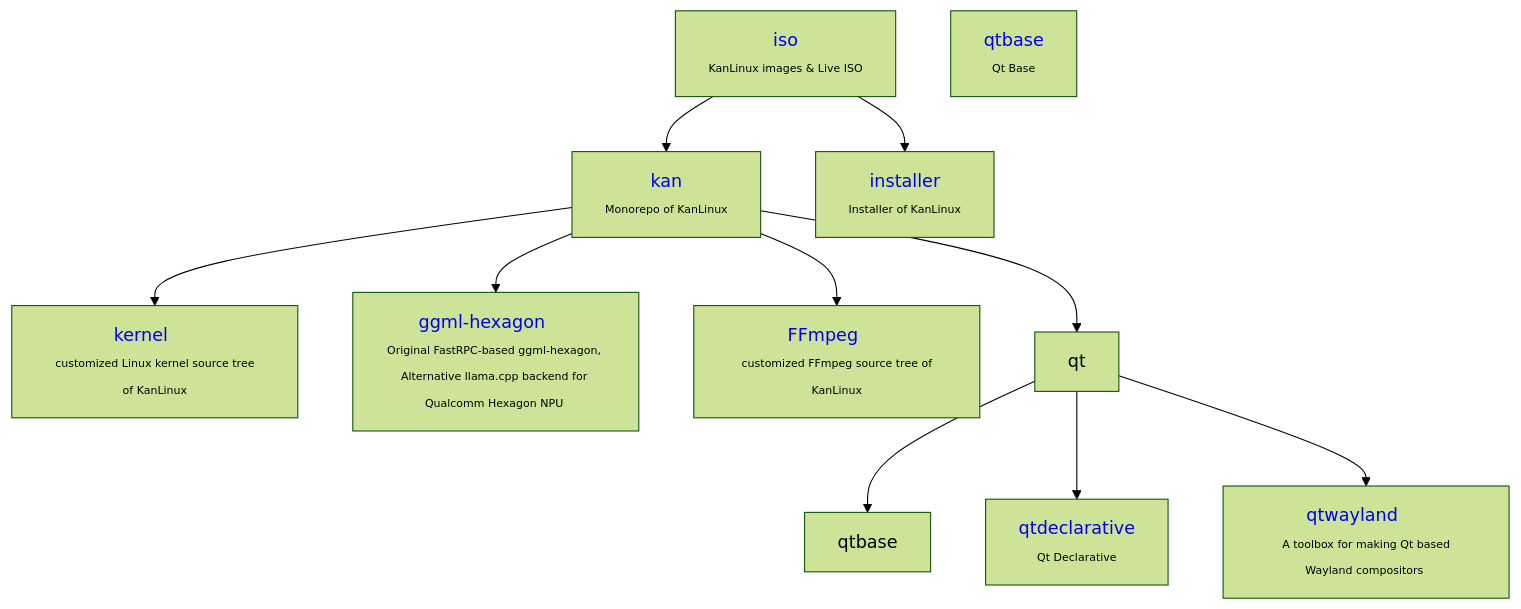
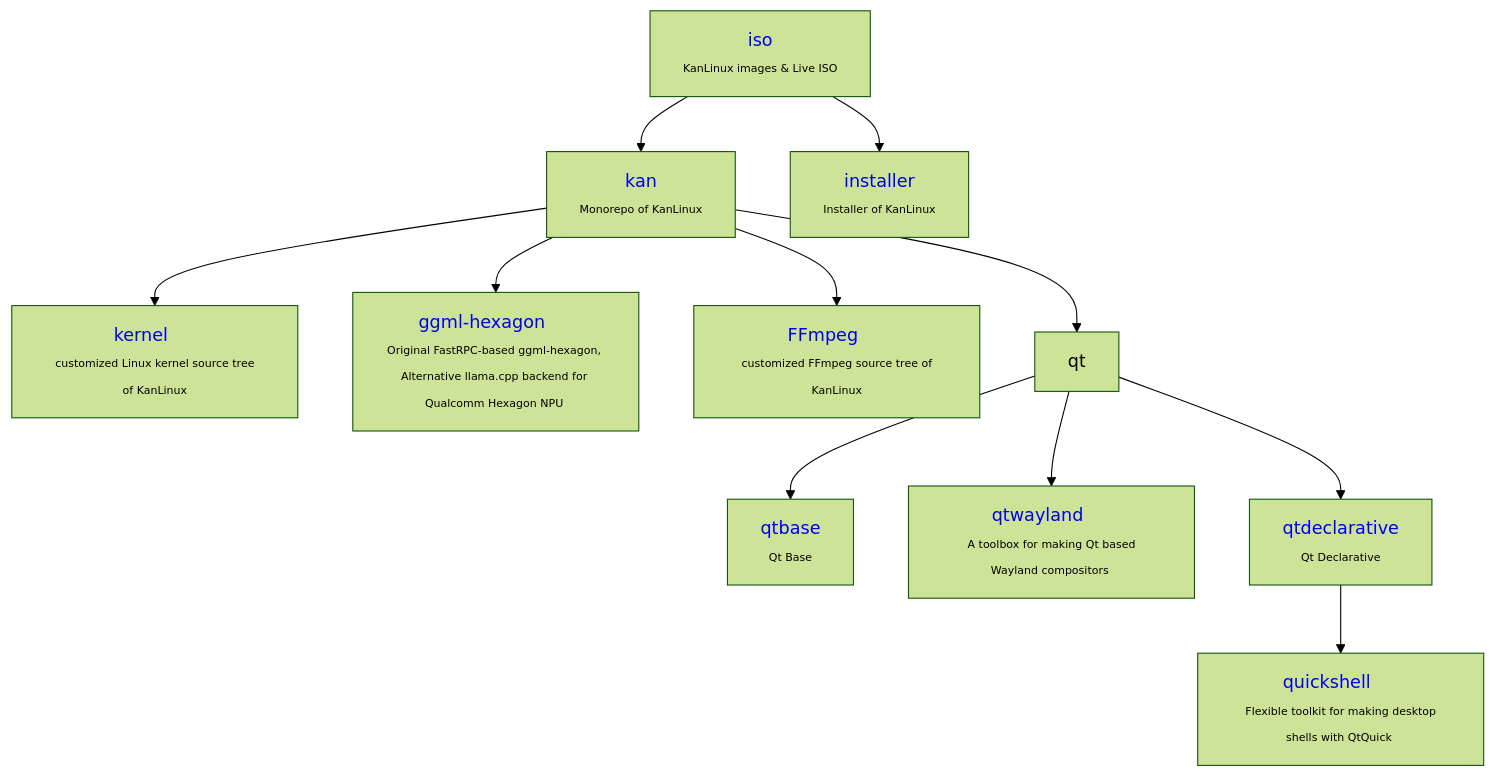
One commit to kan-linux/.github changed the diagram in profile/README.md. Above: the diagram before and after it, drawn with Mermaid (forest theme).

Commit message:
Update README.md with new links and corrections

````diff
--- a/profile/README.md
+++ b/profile/README.md
@@ -11,42 +11,49 @@
 ```mermaid
 
 graph TD;
 iso --> kan
 iso --> installer
 
 kan --> kernel
 kan --> ggml-hexagon
 kan --> ffmpeg
 kan --> qt
 
 
 qt --> qtbase
+qt --> qtwayland
 qt --> qtdeclarative
-qt --> qtwayland
 
+qtdeclarative --> quickshell
 
 
 iso[<a href="https://github.com/kan-linux/iso"                       style="text-decoration:none;">iso</a>            <br><span style="font-size:10px;">KanLinux images & Live ISO</span>];
 kan[<a href="https://github.com/kan-linux/kan"         style="text-decoration:none;">kan</a>     <br><span style="font-size:10px;">Monorepo of KanLinux</span>];
 
 installer[<a href="https://github.com/kan-linux/installer"         style="text-decoration:none;">installer</a>     <br><span style="font-size:10px;">Installer of KanLinux</span>];
 
 
 
 kernel[<a href="https://github.com/kan-linux/kernel"         style="text-decoration:none;">kernel</a>     <br><span style="font-size:10px;"> customized Linux kernel source tree of KanLinux</span>];
 
 
 ggml-hexagon[<a href="https://github.com/kan-linux/ggml-hexagon/discussions/84"         style="text-decoration:none;">ggml-hexagon</a>     <br><span style="font-size:10px;">Original FastRPC-based ggml-hexagon, Alternative llama.cpp backend for Qualcomm Hexagon NPU </span>];
 
 
 
 ffmpeg[<a href="https://github.com/kan-linux/ffmpeg"         style="text-decoration:none;">FFmpeg</a>     <br><span style="font-size:10px;"> customized FFmpeg source tree of KanLinux</span>];
 
 
-qt-base[<a href="https://github.com/kan-linux/qtbase"         style="text-decoration:none;">qtbase</a>     <br><span style="font-size:10px;"> Qt Base </span>];
+qtbase[<a href="https://github.com/kan-linux/qtbase"         style="text-decoration:none;">qtbase</a>     <br><span style="font-size:10px;"> Qt Base </span>];
+
+
+
+qtwayland[<a href="https://github.com/kan-linux/qtwayland"         style="text-decoration:none;">qtwayland</a>     <br><span style="font-size:10px;"> A toolbox for making Qt based Wayland compositors </span>];
 
 qtdeclarative[<a href="https://github.com/kan-linux/qtdeclarative"         style="text-decoration:none;">qtdeclarative</a>     <br><span style="font-size:10px;"> Qt Declarative </span>];
 
-qtwayland[<a href="https://github.com/kan-linux/qtwayland"         style="text-decoration:none;">qtwayland</a>     <br><span style="font-size:10px;"> A toolbox for making Qt based Wayland compositors </span>];
+
+
+quickshell[<a href="https://github.com/kan-linux/quickshell"         style="text-decoration:none;">quickshell</a>     <br><span style="font-size:10px;"> Flexible toolkit for making desktop shells with QtQuick </span>];
 
 ```
````
